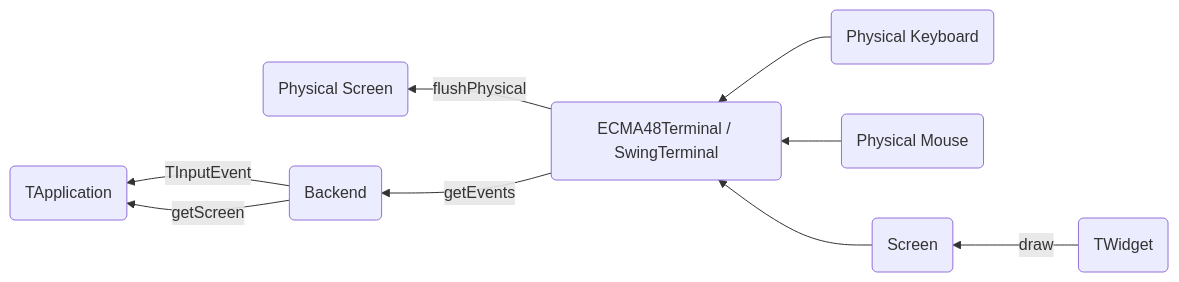
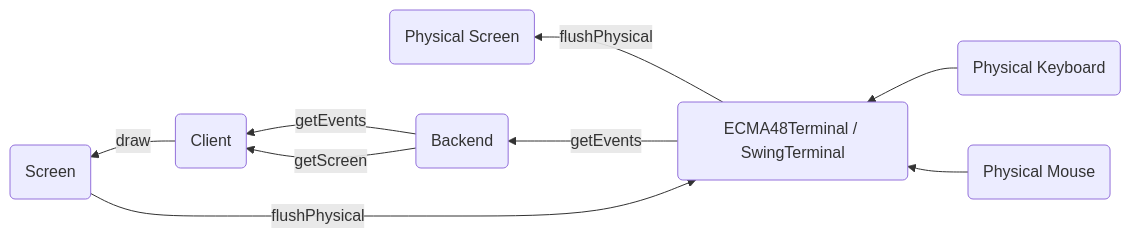
Before and after one commit to winitzki/lamonte-jexer-wikis: the second of 2 diagrams in High-Level-Design.md, drawn with Mermaid. The commit also changed other lines of this file, not shown here.

````diff
--- a/High-Level-Design.md
+++ b/High-Level-Design.md
@@ -46,11 +46,11 @@
 ```mermaid
 graph RL;
   X(Physical Keyboard) --> T(ECMA48Terminal / SwingTerminal)
   Y(Physical Mouse) --> T
   T -- flushPhysical --> Z(Physical Screen);
   T -- getEvents --> B(Backend);
-  B -- TInputEvent --> C(TApplication);
-  W1(TWidget) -- draw --> E(Screen);
-  E --> T;
-  B -- getScreen --> C;
+  W1(Client) -- draw --> E(Screen);
+  B -- getEvents --> W1(Client);
+  B -- getScreen --> W1(Client);
+  E -- flushPhysical --> T
 ```
````
